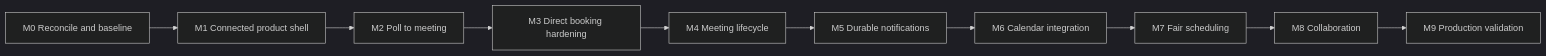
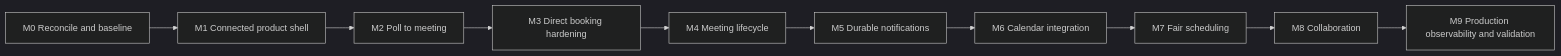
Before and after one commit to TechAaroorian/slotsyncro: the diagram in docs/roadmap.md, drawn with Mermaid (dark theme). The commit also changed other lines of this file, not shown here.

Commit message:
docs: define M9 production observability milestone

````diff
--- a/docs/roadmap.md
+++ b/docs/roadmap.md
@@ -28,15 +28,15 @@
 ```mermaid
 flowchart LR
     M0[M0 Reconcile and baseline]
     M1[M1 Connected product shell]
     M2[M2 Poll to meeting]
     M3[M3 Direct booking hardening]
     M4[M4 Meeting lifecycle]
     M5[M5 Durable notifications]
     M6[M6 Calendar integration]
     M7[M7 Fair scheduling]
     M8[M8 Collaboration]
-    M9[M9 Production validation]
+    M9[M9 Production observability and validation]
 
     M0 --> M1 --> M2 --> M3 --> M4 --> M5 --> M6 --> M7 --> M8 --> M9
 ```
````
